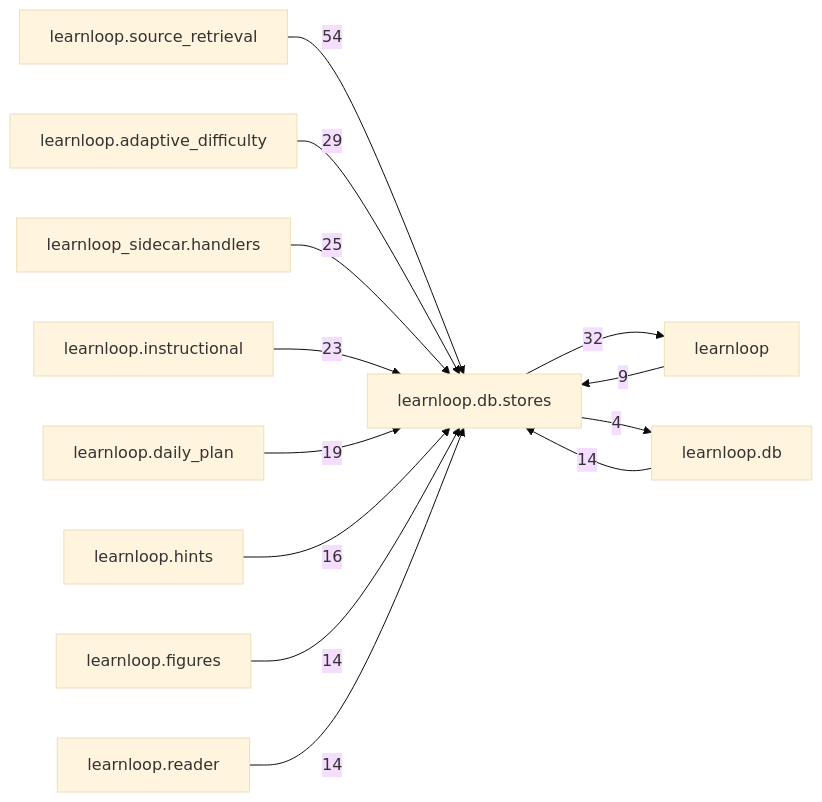
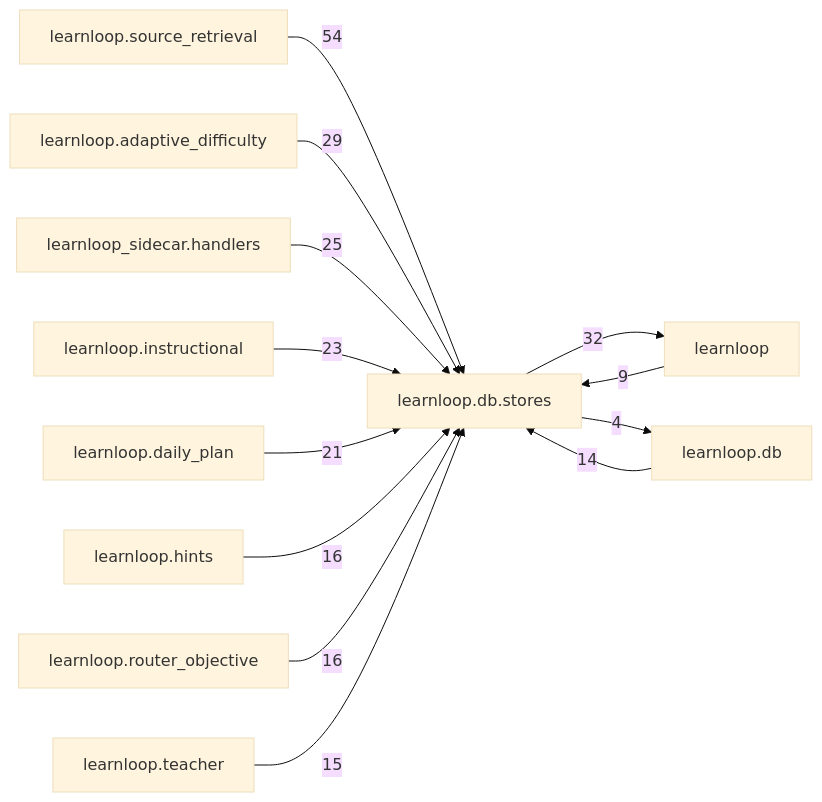
The diagram in docs/learnloop-architecture-vault/Reference/Modules/learnloop/db/stores/_package.md (6up-b/learnanything), drawn with Mermaid (base theme) before and after one commit. The commit also changed other lines of this file and 162 other files, not shown here.

````diff
--- a/docs/learnloop-architecture-vault/Reference/Modules/learnloop/db/stores/_package.md
+++ b/docs/learnloop-architecture-vault/Reference/Modules/learnloop/db/stores/_package.md
@@ -218,26 +218,26 @@
 ```mermaid
 flowchart LR
     center["learnloop.db.stores"]
     n_learnloop_source_retrieval["learnloop.source_retrieval"]
     n_learnloop["learnloop"]
     n_learnloop_adaptive_difficulty["learnloop.adaptive_difficulty"]
     n_learnloop_sidecar_handlers["learnloop_sidecar.handlers"]
     n_learnloop_instructional["learnloop.instructional"]
     n_learnloop_daily_plan["learnloop.daily_plan"]
     n_learnloop_db["learnloop.db"]
     n_learnloop_hints["learnloop.hints"]
-    n_learnloop_figures["learnloop.figures"]
-    n_learnloop_reader["learnloop.reader"]
+    n_learnloop_router_objective["learnloop.router_objective"]
+    n_learnloop_teacher["learnloop.teacher"]
     n_learnloop_source_retrieval -->|54| center
     n_learnloop -->|9| center
     center -->|32| n_learnloop
     n_learnloop_adaptive_difficulty -->|29| center
     n_learnloop_sidecar_handlers -->|25| center
     n_learnloop_instructional -->|23| center
-    n_learnloop_daily_plan -->|19| center
+    n_learnloop_daily_plan -->|21| center
     n_learnloop_db -->|14| center
     center -->|4| n_learnloop_db
     n_learnloop_hints -->|16| center
-    n_learnloop_figures -->|14| center
-    n_learnloop_reader -->|14| center
+    n_learnloop_router_objective -->|16| center
+    n_learnloop_teacher -->|15| center
 ```
````
